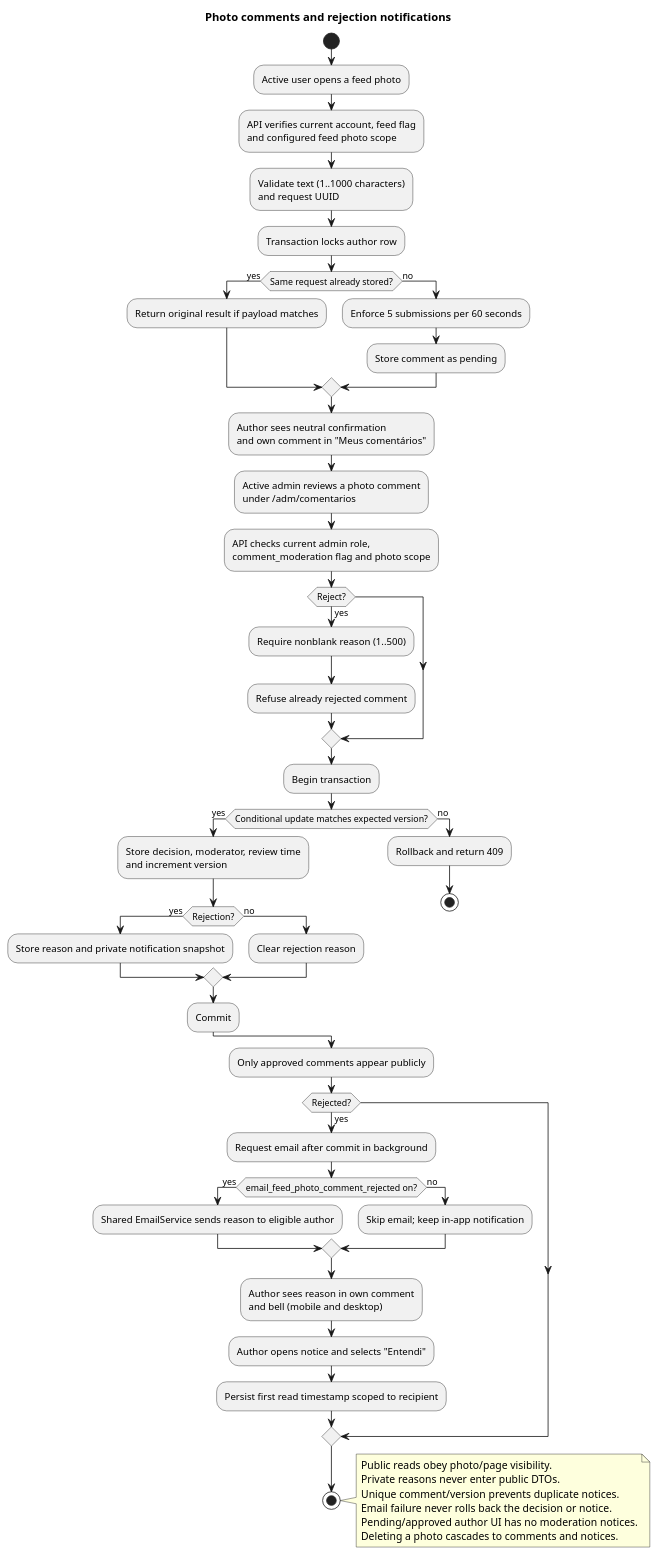
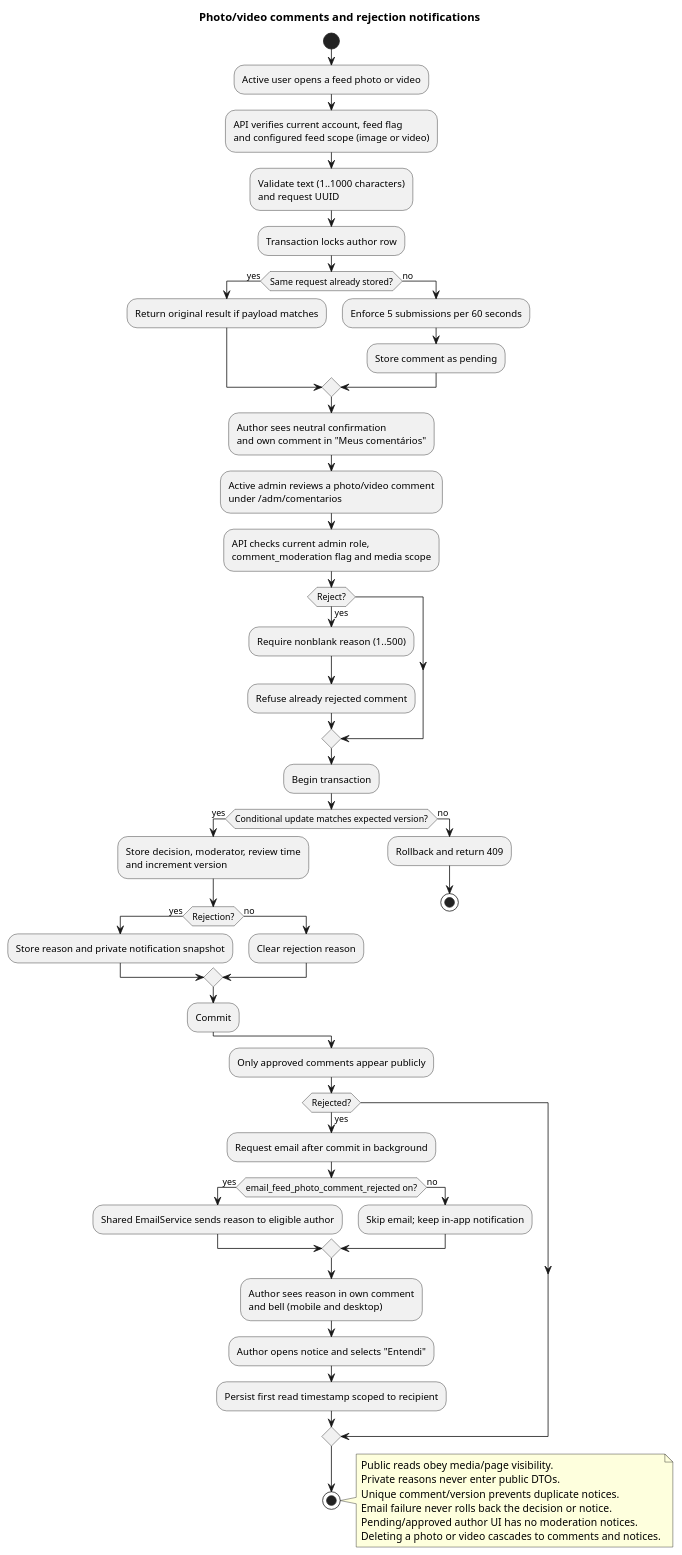
Before and after one commit to ministerioclubinhos/clubinhonib-api: the diagram in docs/diagrams/flow/feed-photo-comments/feed-photo-comments-flow.puml, drawn with PlantUML. The commit also changed 13 other files, not shown here.

Commit message:
feat: support video comments in feed photo comments feature

```diff
--- a/docs/diagrams/flow/feed-photo-comments/feed-photo-comments-flow.puml
+++ b/docs/diagrams/flow/feed-photo-comments/feed-photo-comments-flow.puml
@@ -1,62 +1,62 @@
 @startuml
-title Photo comments and rejection notifications
+title Photo/video comments and rejection notifications
 start
-:Active user opens a feed photo;
+:Active user opens a feed photo or video;
 :API verifies current account, feed flag
-and configured feed photo scope;
+and configured feed scope (image or video);
 :Validate text (1..1000 characters)
 and request UUID;
 :Transaction locks author row;
 if (Same request already stored?) then (yes)
   :Return original result if payload matches;
 else (no)
   :Enforce 5 submissions per 60 seconds;
   :Store comment as pending;
 endif
 :Author sees neutral confirmation
 and own comment in "Meus comentários";
-:Active admin reviews a photo comment
+:Active admin reviews a photo/video comment
 under /adm/comentarios;
 :API checks current admin role,
-comment_moderation flag and photo scope;
+comment_moderation flag and media scope;
 if (Reject?) then (yes)
   :Require nonblank reason (1..500);
   :Refuse already rejected comment;
 endif
 :Begin transaction;
 if (Conditional update matches expected version?) then (yes)
   :Store decision, moderator, review time
 and increment version;
   if (Rejection?) then (yes)
     :Store reason and private notification snapshot;
   else (no)
     :Clear rejection reason;
   endif
   :Commit;
 else (no)
   :Rollback and return 409;
   stop
 endif
 :Only approved comments appear publicly;
 if (Rejected?) then (yes)
   :Request email after commit in background;
   if (email_feed_photo_comment_rejected on?) then (yes)
     :Shared EmailService sends reason to eligible author;
   else (no)
     :Skip email; keep in-app notification;
   endif
   :Author sees reason in own comment
 and bell (mobile and desktop);
   :Author opens notice and selects "Entendi";
   :Persist first read timestamp scoped to recipient;
 endif
 stop
 note right
-  Public reads obey photo/page visibility.
+  Public reads obey media/page visibility.
   Private reasons never enter public DTOs.
   Unique comment/version prevents duplicate notices.
   Email failure never rolls back the decision or notice.
   Pending/approved author UI has no moderation notices.
-  Deleting a photo cascades to comments and notices.
+  Deleting a photo or video cascades to comments and notices.
 end note
 @enduml
```
